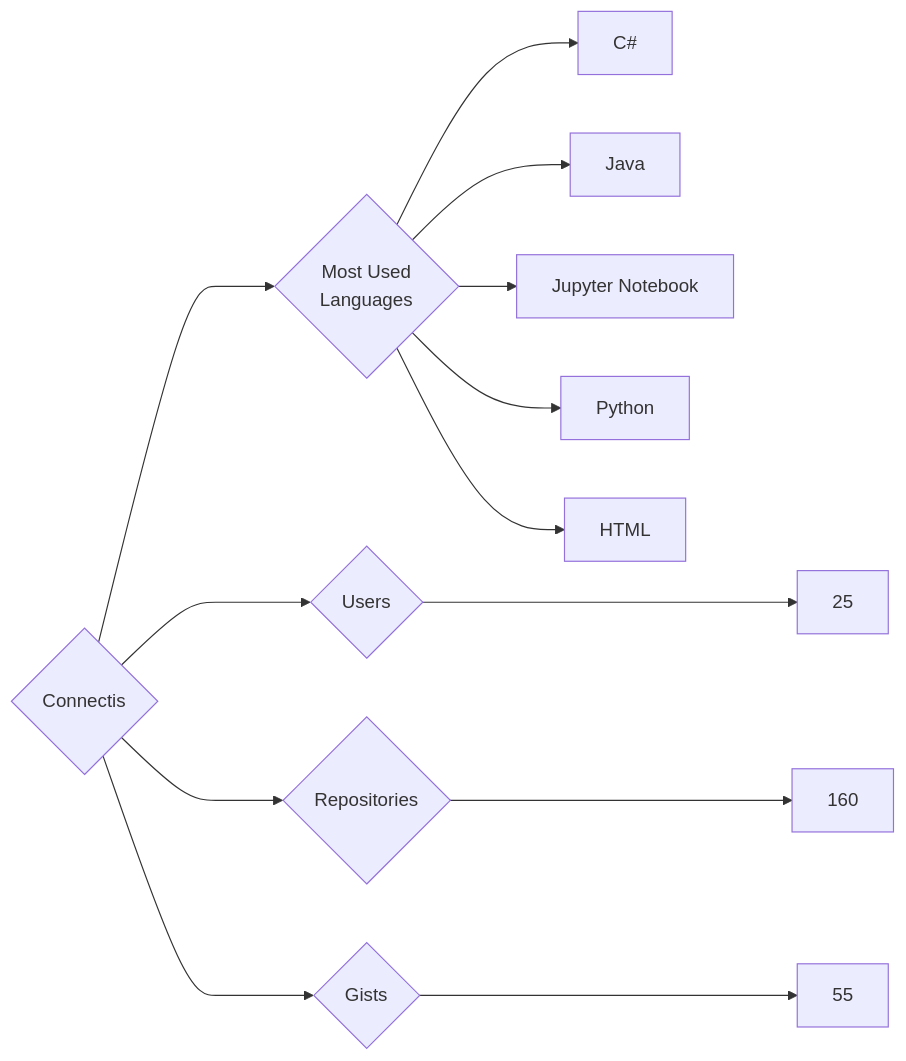
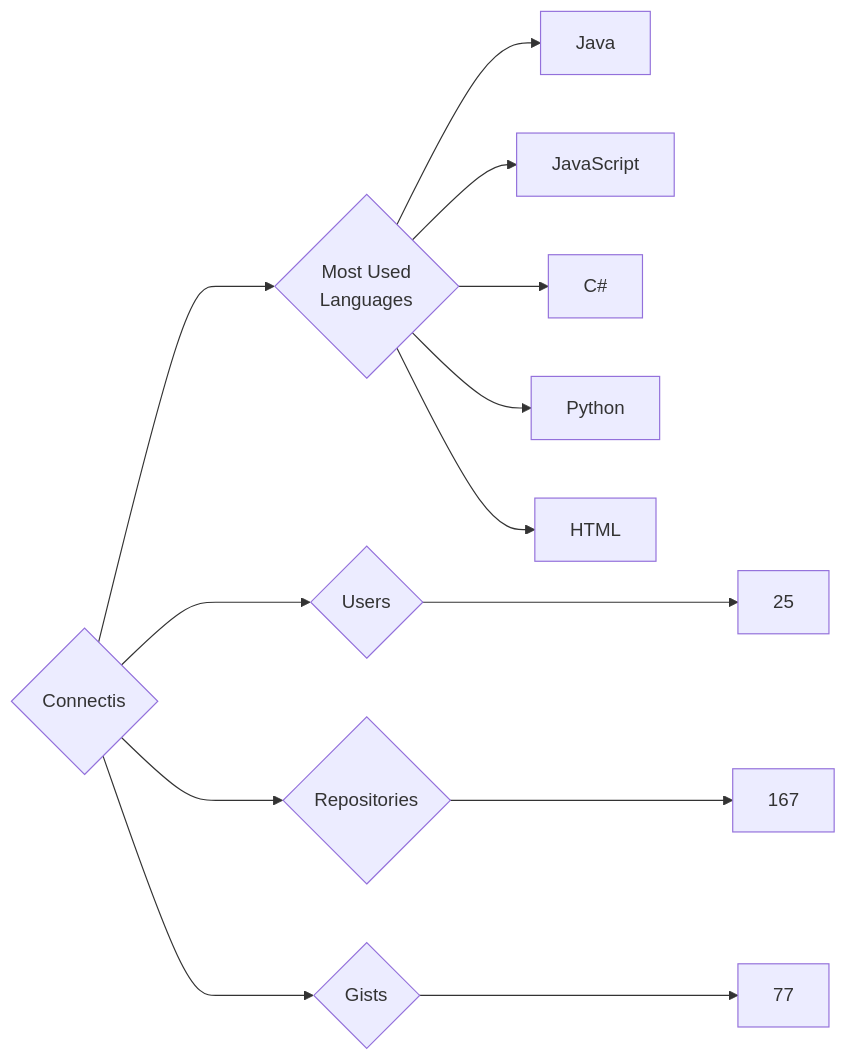
The diagram in targets/Connectis/README.md (trickest/insiders), drawn with Mermaid before and after one commit. The commit also changed 440 other files, not shown here.

````diff
--- a/targets/Connectis/README.md
+++ b/targets/Connectis/README.md
@@ -3,13 +3,13 @@
 ```mermaid
 graph LR
 COMPANY_NAME{Connectis}
 COMPANY_NAME ---> U{Users} ---> UN[25]
-COMPANY_NAME ---> R{Repositories} ---> RN[160]
-COMPANY_NAME ---> G{Gists} ---> GN[55]
+COMPANY_NAME ---> R{Repositories} ---> RN[167]
+COMPANY_NAME ---> G{Gists} ---> GN[77]
 COMPANY_NAME ---> ML{Most Used<br>Languages}
+ML --> Java[Java]
+ML --> JavaScript[JavaScript]
 ML --> C#[C#]
-ML --> Java[Java]
-ML --> Jupyter_Notebook[Jupyter Notebook]
 ML --> Python[Python]
 ML --> HTML[HTML]
 ```
````
